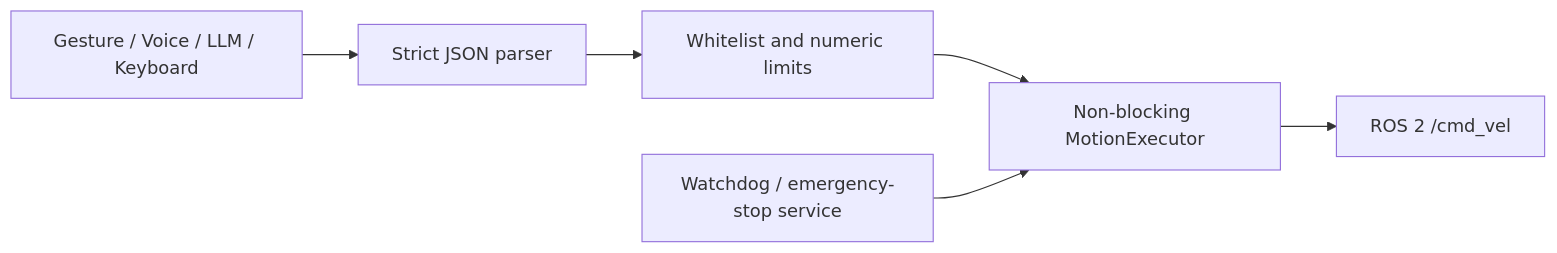
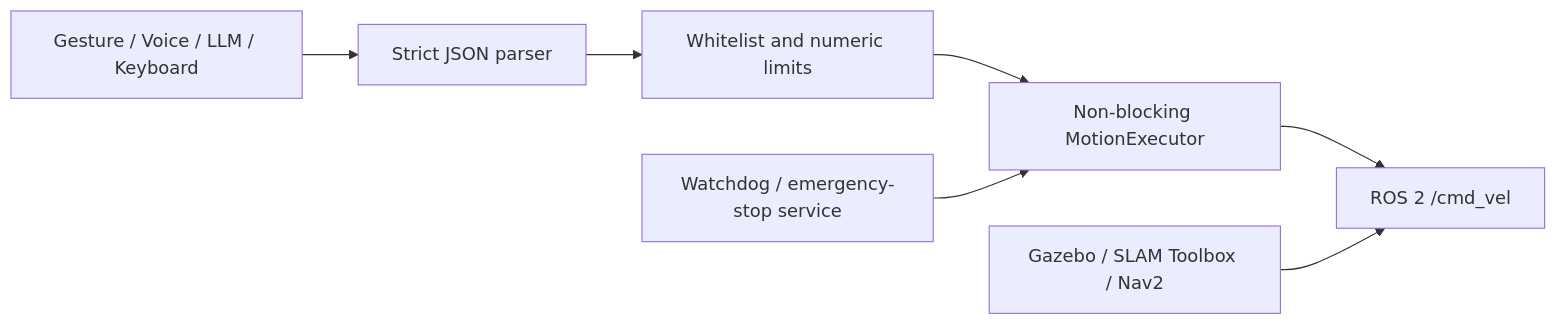
The diagram in README.md (FengDK666/LLM-Turtlebot3), drawn with Mermaid before and after one commit. The commit also changed other lines of this file and 15 other files, not shown here.

Commit message:
Add reproducible Nav2 SLAM simulation

````diff
--- a/README.md
+++ b/README.md
@@ -40,8 +71,9 @@
 ```mermaid
 flowchart LR
     A[Gesture / Voice / LLM / Keyboard] --> B[Strict JSON parser]
     B --> C[Whitelist and numeric limits]
     C --> D[Non-blocking MotionExecutor]
     D --> E[ROS 2 /cmd_vel]
+    G[Gazebo / SLAM Toolbox / Nav2] --> E
     F[Watchdog / emergency-stop service] --> D
 ```
````
